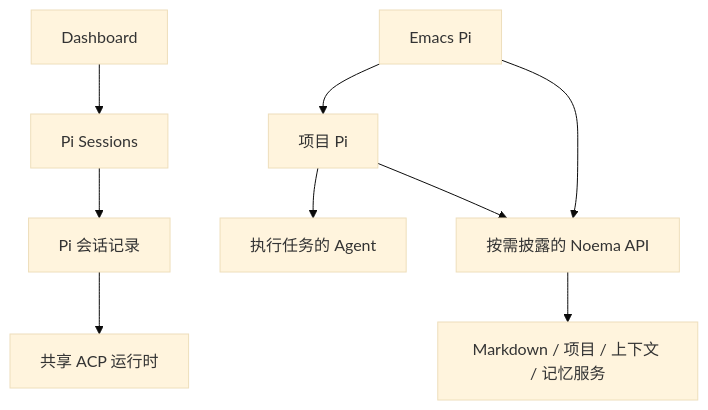
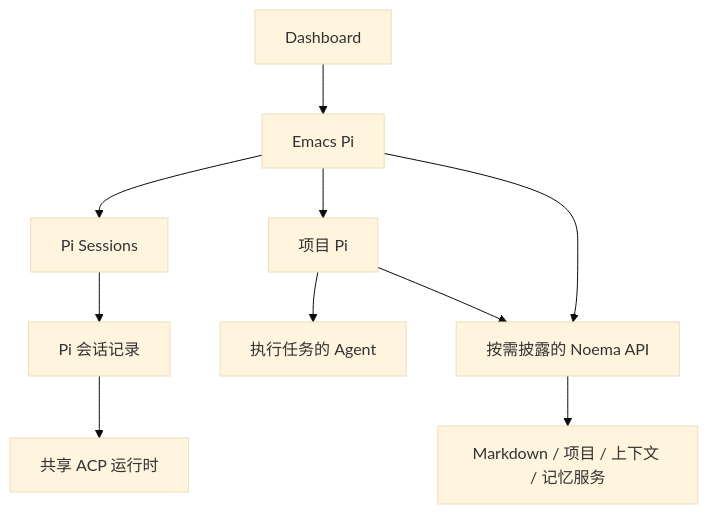
One commit to AaronHnoraA/AaronEmacs changed the diagram in docs/design/pi-sessions.md. Above: the diagram before and after it, drawn with Mermaid (base theme). The commit also changed other lines of this file and 33 other files, not shown here.

````diff
--- a/docs/design/pi-sessions.md
+++ b/docs/design/pi-sessions.md
@@ -10,11 +10,12 @@
 ```mermaid
 flowchart TD
-  D[Dashboard] --> M[Pi Sessions]
+  D[Dashboard] --> E
+  E --> M[Pi Sessions]
   E[Emacs Pi] --> P[项目 Pi]
   P --> W[执行任务的 Agent]
   M --> S[Pi 会话记录]
   S --> R[共享 ACP 运行时]
   E --> A[按需披露的 Noema API]
   P --> A
   A --> N[Markdown / 项目 / 上下文 / 记忆服务]
 ```
````
